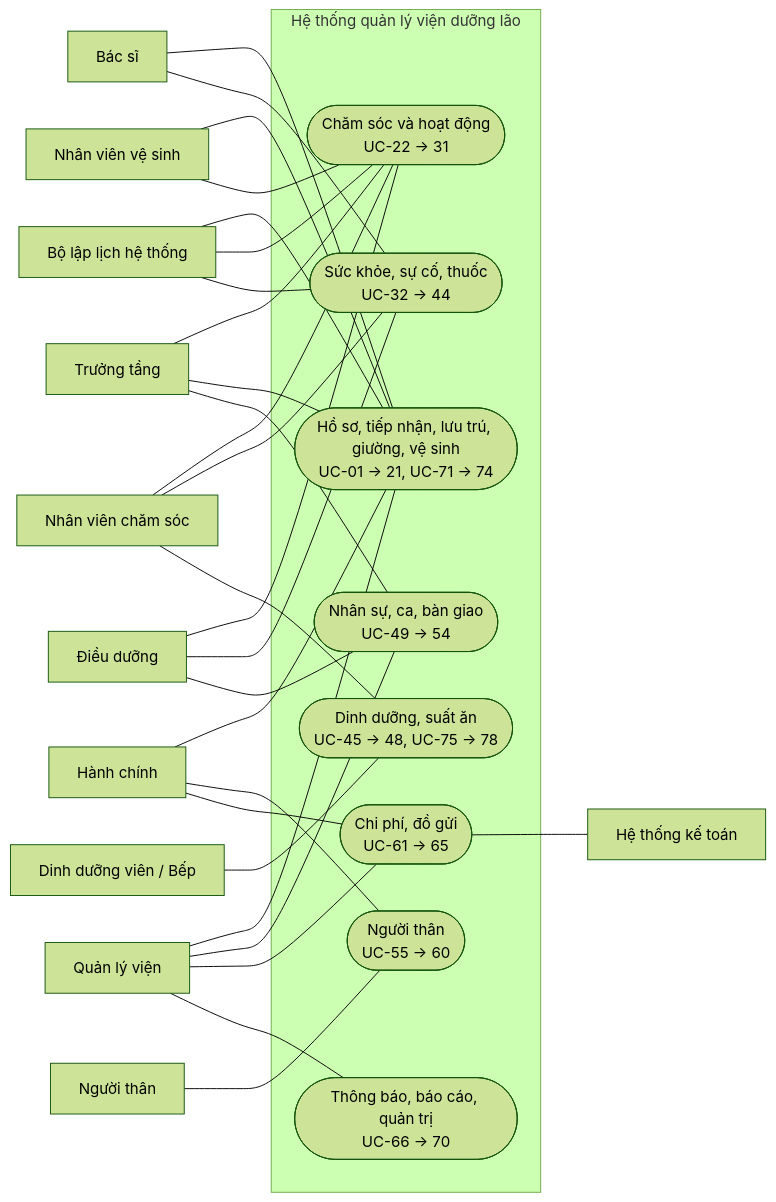
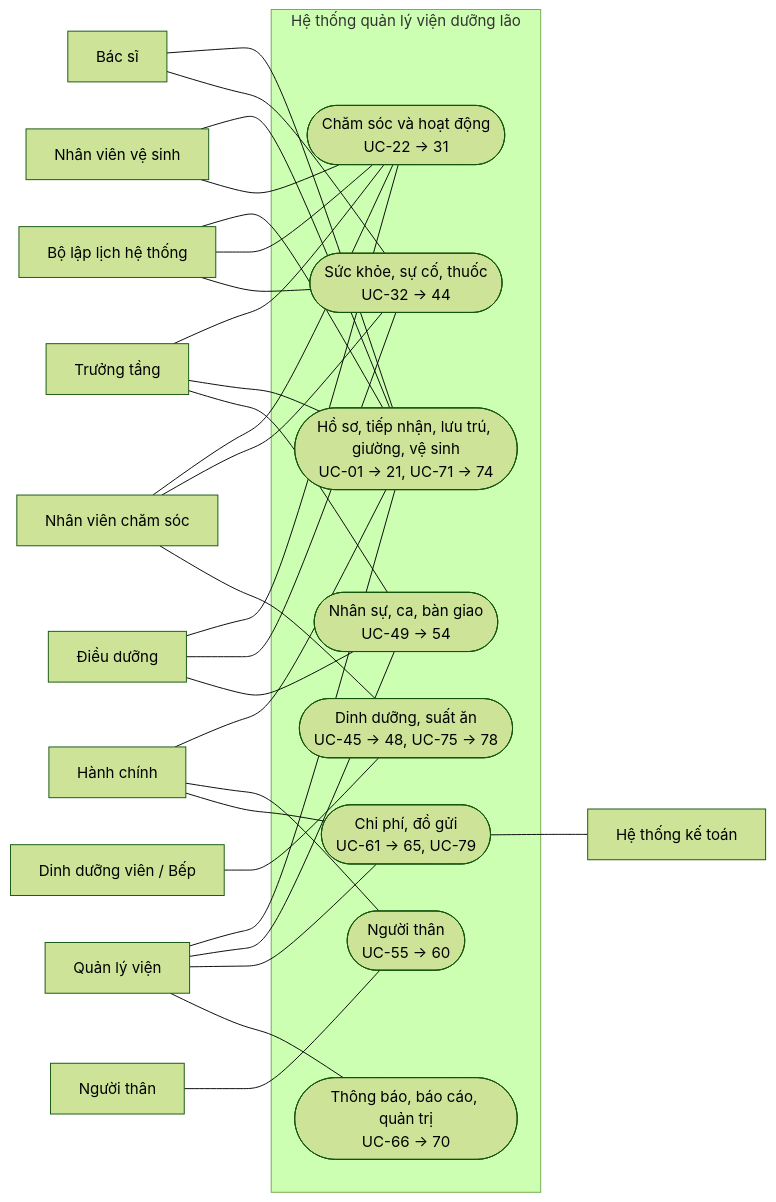
One commit to longdvhe170204/Elder_Care changed diagram 11 of 17 in docs/phan-tich-yeu-cau.md. Above: the diagram before and after it, drawn with Mermaid (forest theme). The commit also changed other lines of this file and 19 other files, not shown here.

````diff
--- a/docs/phan-tich-yeu-cau.md
+++ b/docs/phan-tich-yeu-cau.md
@@ -571,50 +581,50 @@
 ```mermaid
 flowchart LR
     QL["Quản lý viện"]
     TT["Trưởng tầng"]
     BS["Bác sĩ"]
     DD["Điều dưỡng"]
     CS["Nhân viên chăm sóc"]
     DDV["Dinh dưỡng viên / Bếp"]
     VS["Nhân viên vệ sinh"]
     HC["Hành chính"]
     NT["Người thân"]
     SCH["Bộ lập lịch hệ thống"]
     KT["Hệ thống kế toán"]
     subgraph SYS[Hệ thống quản lý viện dưỡng lão]
         P1(["Hồ sơ, tiếp nhận, lưu trú, giường, vệ sinh<br/>UC-01 → 21, UC-71 → 74"])
         P2(["Chăm sóc và hoạt động<br/>UC-22 → 31"])
         P3(["Sức khỏe, sự cố, thuốc<br/>UC-32 → 44"])
         P4(["Dinh dưỡng, suất ăn<br/>UC-45 → 48, UC-75 → 78"])
         P5(["Nhân sự, ca, bàn giao<br/>UC-49 → 54"])
         P6(["Người thân<br/>UC-55 → 60"])
-        P7(["Chi phí, đồ gửi<br/>UC-61 → 65"])
+        P7(["Chi phí, đồ gửi<br/>UC-61 → 65, UC-79"])
         P8(["Thông báo, báo cáo, quản trị<br/>UC-66 → 70"])
     end
     HC --- P1
     BS --- P1
     QL --- P1
     DD --- P2
     CS --- P2
     TT --- P2
     BS --- P3
     DD --- P3
     CS --- P3
     DDV --- P4
     CS --- P4
     VS --- P1
     VS --- P2
     TT --- P1
     QL --- P5
     TT --- P5
     DD --- P5
     NT --- P6
     HC --- P6
     HC --- P7
     QL --- P7
     P7 --- KT
     QL --- P8
     SCH --- P1
     SCH --- P2
     SCH --- P3
 ```
````
